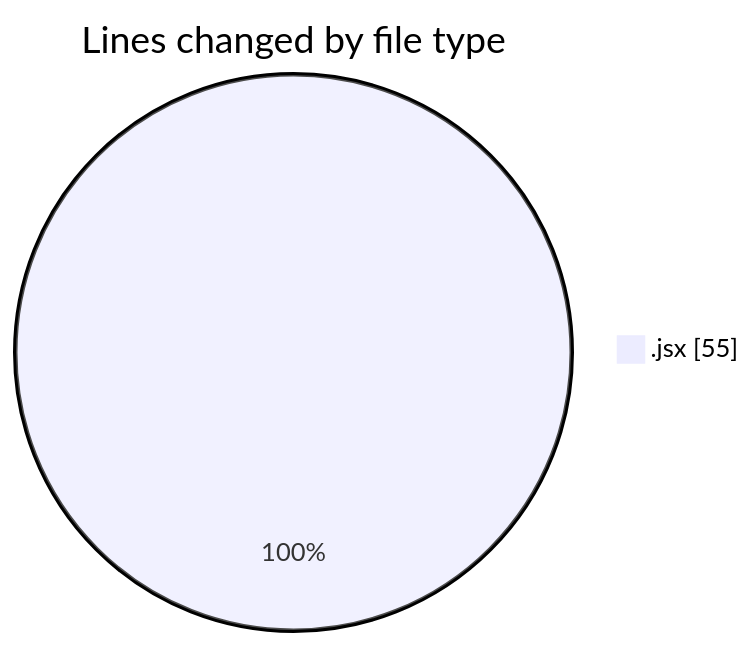
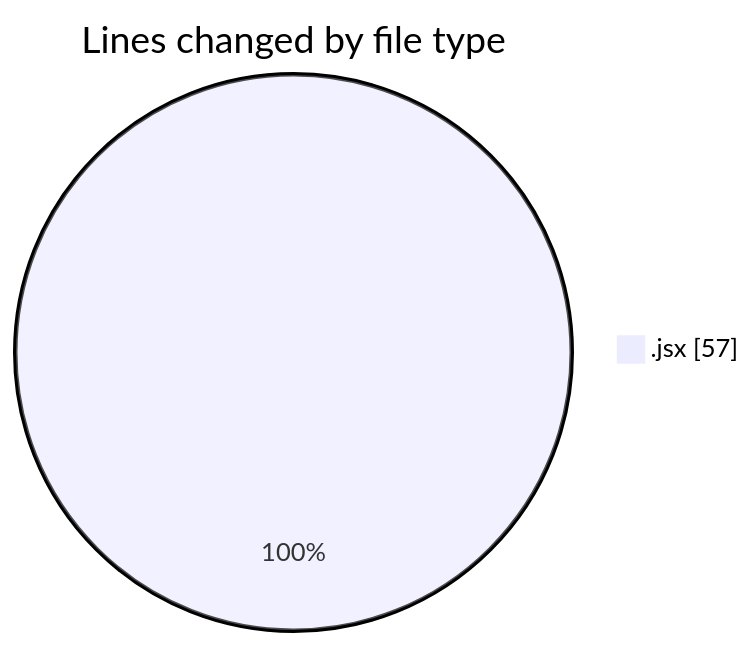
The first of 2 diagrams in 2025-06-17/nxtqube_webapp/README.md (nxtqubesakshisongat/code-tracking), drawn with Mermaid before and after one commit. The commit also changed other lines of this file and 1 other file, not shown here.

````diff
--- a/2025-06-17/nxtqube_webapp/README.md
+++ b/2025-06-17/nxtqube_webapp/README.md
@@ -20,5 +20,5 @@
 ```mermaid
 pie showData
 title Lines changed by file type
-".jsx" : 55
+".jsx" : 57
 ```
````
